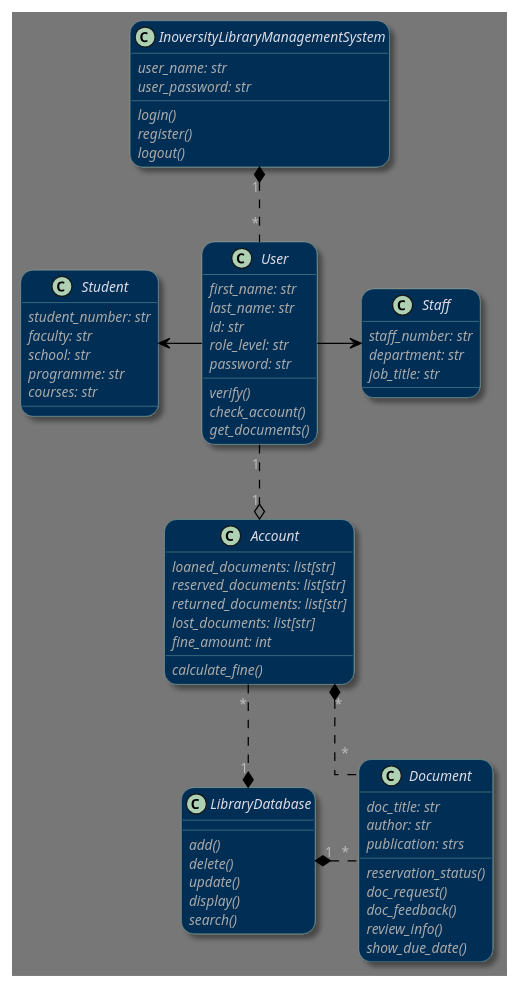
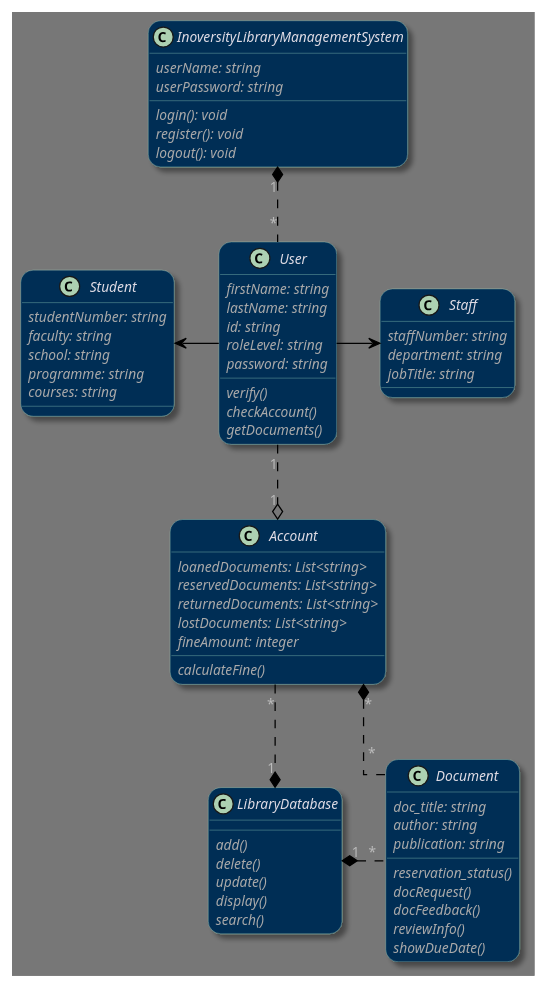
The diagram in assets/inoversityLibrary.puml (MduduziMlilo/Inoversity.Library.Distribution), drawn with PlantUML before and after one commit.

Commit message:
refactor: Change casing style

```diff
--- a/assets/inoversityLibrary.puml
+++ b/assets/inoversityLibrary.puml
@@ -1,100 +1,100 @@
 @startuml
 !theme reddress-darkblue
 skinparam linetype ortho
 skinparam classFontColor dimgrey
 skinparam sequenceMessageAlign direction
 skinparam groupInheritance 2
 skinparam Roundcorner 20
 skinparam shadowing true
 skinparam class {
 BackgroundColor #002D55FF
 ArrowColor black
 BorderColor #ADEFD1FF
 AttributeFontName Candara
 AttributeFontStyle Italic
 FontColor  #DFDCE5FF
 BorderThickness 0.25
 }
 
 ' some class definitions
 class InoversityLibraryManagementSystem {
-    user_name: str
-    user_password: str
-    login()
-    register()
-    logout()
+    userName: string
+    userPassword: string
+    login(): void
+    register(): void
+    logout(): void
 }
 
 ' these classes will be grouped together
 together {
 class Staff {
-    staff_number: str
-    department: str
-    job_title: str
+    staffNumber: string
+    department: string
+    jobTitle: string
 }
 
 class Student {
-    student_number: str
-    faculty: str
-    school: str
-    programme: str
-    courses: str
+    studentNumber: string
+    faculty: string
+    school: string
+    programme: string
+    courses: string
 }
 
 class User {
-    first_name: str
-    last_name: str
-    id: str
-    role_level: str
-    password: str
+    firstName: string
+    lastName: string
+    id: string
+    roleLevel: string
+    password: string
     verify()
-    check_account()
-    get_documents()
+    checkAccount()
+    getDocuments()
 }
 }
 
 together {
 class Account {
-    loaned_documents: list[str]
-    reserved_documents: list[str]
-    returned_documents: list[str]
-    lost_documents: list[str]
-    fine_amount: int
-    calculate_fine()
+    loanedDocuments: List<string>
+    reservedDocuments: List<string>
+    returnedDocuments: List<string>
+    lostDocuments: List<string>
+    fineAmount: integer
+    calculateFine()
 }
 
 class LibraryDatabase {
     add()
     delete()
     update()
     display()
     search()
 }
 
 class Document {
-    doc_title: str
-    author: str
-    publication: strs
+    doc_title: string
+    author: string
+    publication: string
     reservation_status()
-    doc_request()
-    doc_feedback()
-    review_info()
-    show_due_date()
+    docRequest()
+    docFeedback()
+    reviewInfo()
+    showDueDate()
 }
 }
 
 ' entity relationships
 InoversityLibraryManagementSystem "1" *.. "*" User
 
 LibraryDatabase "1" *. "*" Document
 
 User "1" ..o "1" Account
 
 LibraryDatabase "1" *.left. "*" Account
 
 Document "*" .up.* "*" Account
 
 User -left-> Student
 
 User -right-> Staff
 @enduml
```
